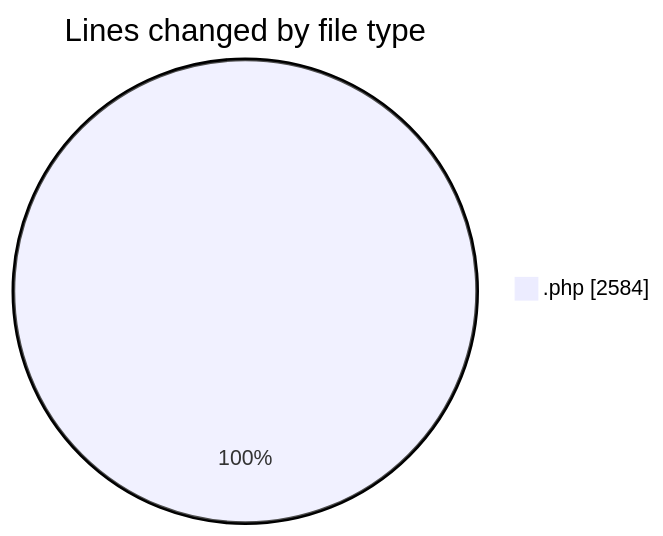
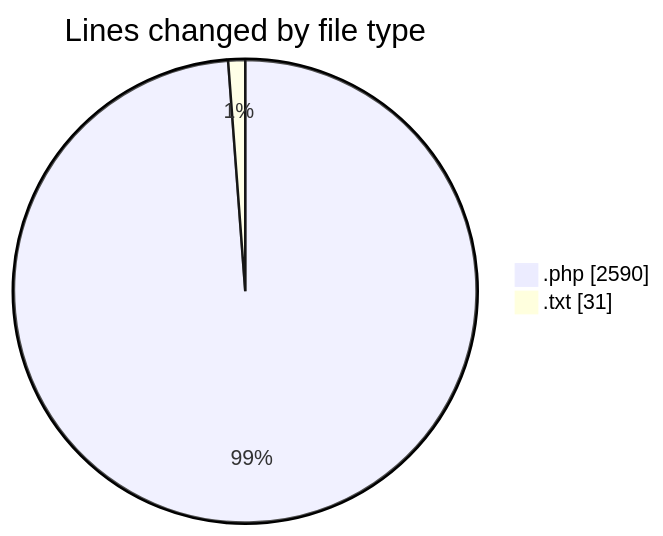
One commit to debugP/code-tracking changed the first of 2 diagrams in 2025-10-17/untitled__workspace_/README.md. Above: the diagram before and after it, drawn with Mermaid. The commit also changed other lines of this file and 1 other file, not shown here.

````diff
--- a/2025-10-17/untitled__workspace_/README.md
+++ b/2025-10-17/untitled__workspace_/README.md
@@ -22,5 +23,6 @@
 ```mermaid
 pie showData
 title Lines changed by file type
-".php" : 2584
+".php" : 2590
+".txt" : 31
 ```
````
